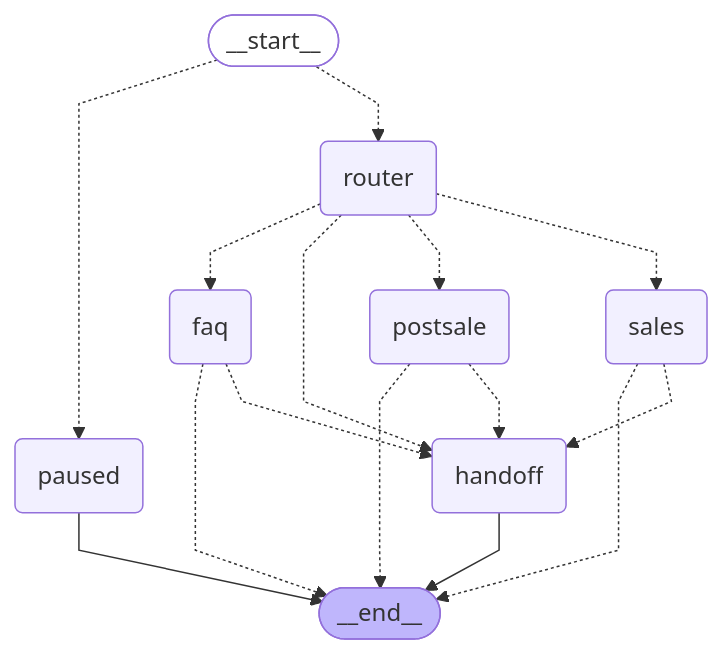
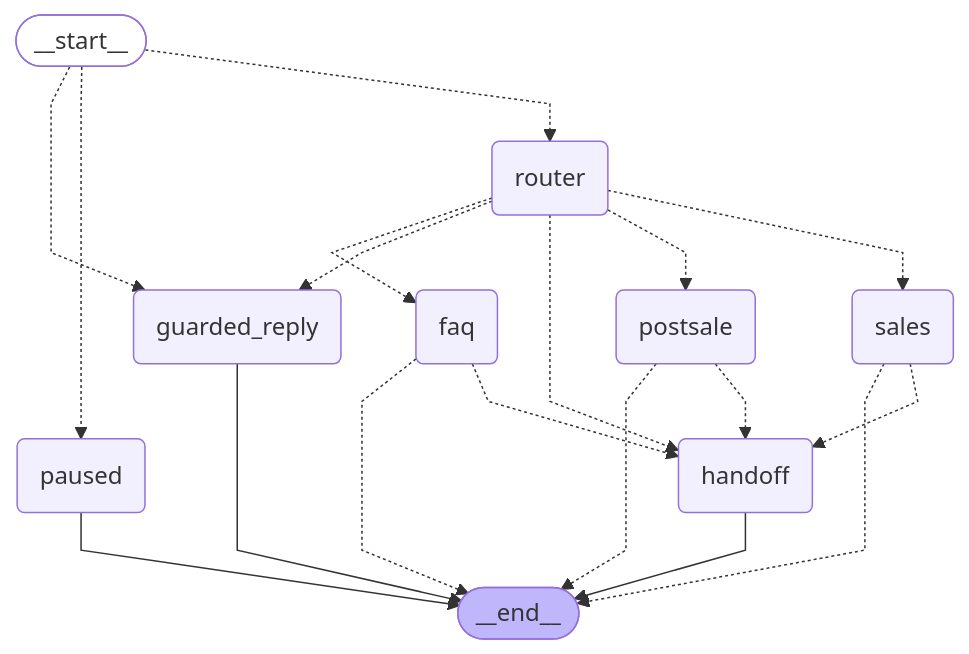
Before and after one commit to JulioPradenas/agente-comercio-whatsapp: the diagram in docs/agent_graph.md, drawn with Mermaid. The commit also changed 10 other files, not shown here.

````diff
--- a/docs/agent_graph.md
+++ b/docs/agent_graph.md
@@ -3,33 +3,37 @@
 ```mermaid
 ---
 config:
   flowchart:
     curve: linear
 ---
 graph TD;
 	__start__([<p>__start__</p>]):::first
 	router(router)
 	sales(sales)
 	postsale(postsale)
 	faq(faq)
 	handoff(handoff)
 	paused(paused)
+	guarded_reply(guarded_reply)
 	__end__([<p>__end__</p>]):::last
+	__start__ -.-> guarded_reply;
 	__start__ -.-> paused;
 	__start__ -.-> router;
 	faq -.-> __end__;
 	faq -.-> handoff;
 	postsale -.-> __end__;
 	postsale -.-> handoff;
 	router -.-> faq;
+	router -.-> guarded_reply;
 	router -.-> handoff;
 	router -.-> postsale;
 	router -.-> sales;
 	sales -.-> __end__;
 	sales -.-> handoff;
+	guarded_reply --> __end__;
 	handoff --> __end__;
 	paused --> __end__;
 	classDef default fill:#f2f0ff,line-height:1.2
 	classDef first fill-opacity:0
 	classDef last fill:#bfb6fc
 ```
````
